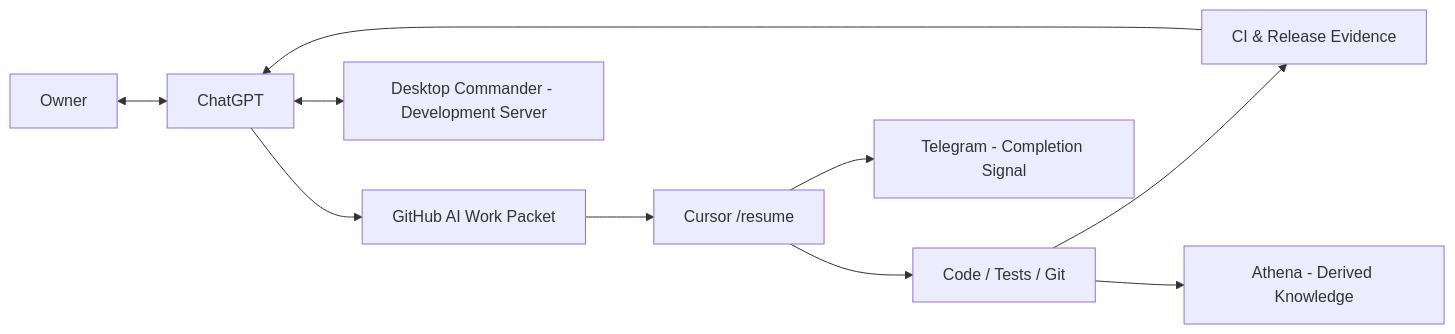
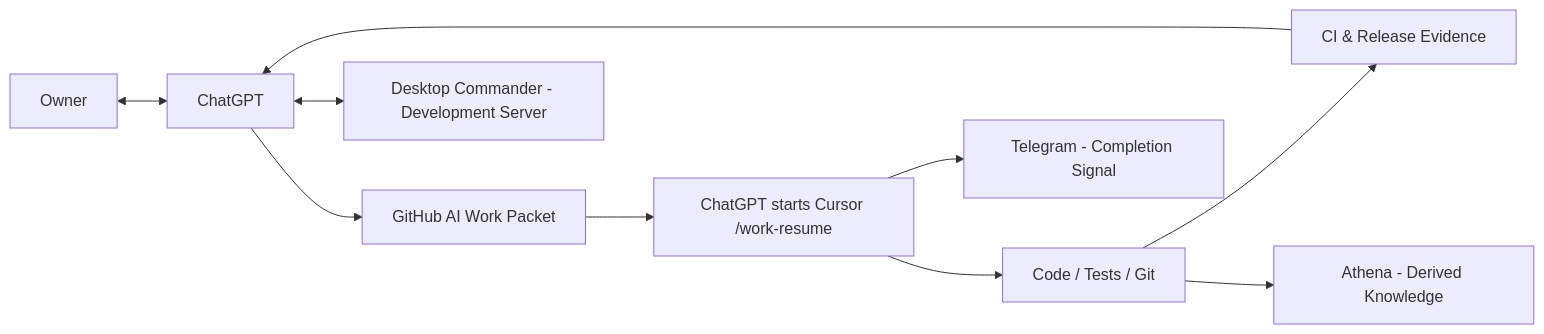
One commit to datarelay-labs/engineering-system-docs changed the diagram in index.mdx. Above: the diagram before and after it, drawn with Mermaid. The commit also changed 8 other files, not shown here.

```diff
--- a/index.mdx
+++ b/index.mdx
@@ -48,12 +48,12 @@
 ~~~mermaid
 flowchart LR
     U[Owner] <--> C[ChatGPT]
     C --> W[GitHub AI Work Packet]
-    W --> R[Cursor /resume]
+    W --> R[ChatGPT starts Cursor /work-resume]
     R --> G[Code / Tests / Git]
     G --> CI[CI & Release Evidence]
     CI --> C
     C <--> D[Desktop Commander - Development Server]
     G --> A[Athena - Derived Knowledge]
     R --> T[Telegram - Completion Signal]
 ~~~
```
